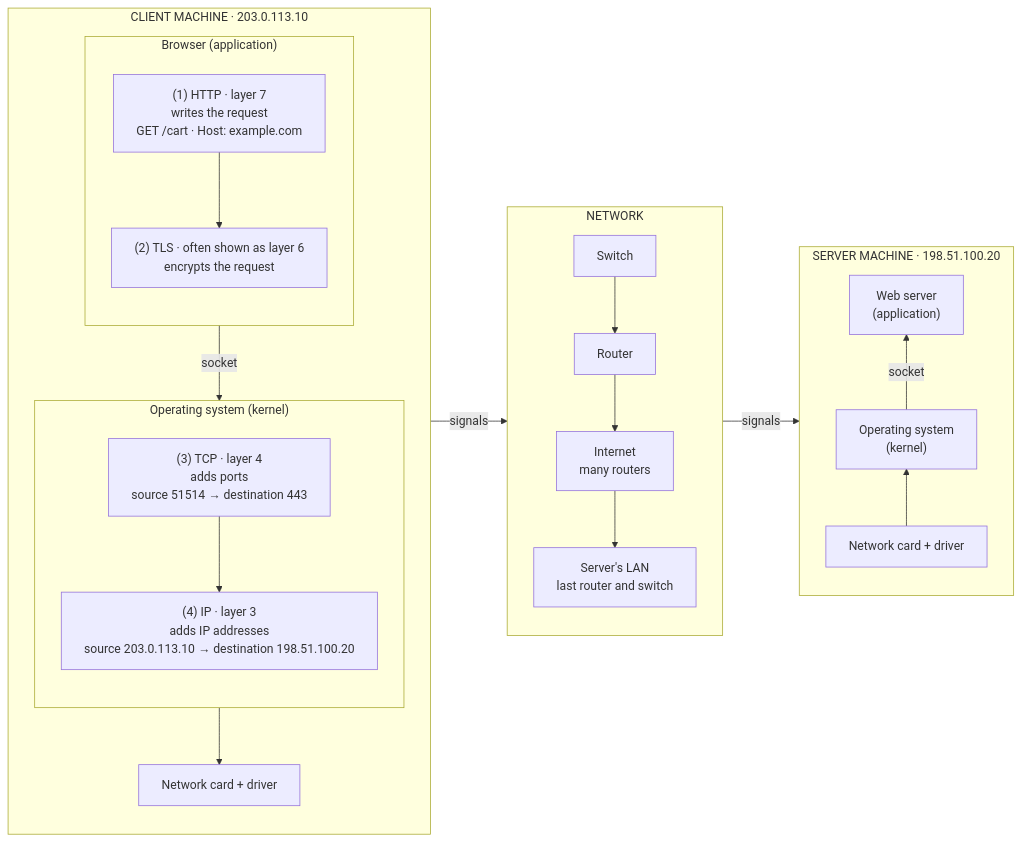
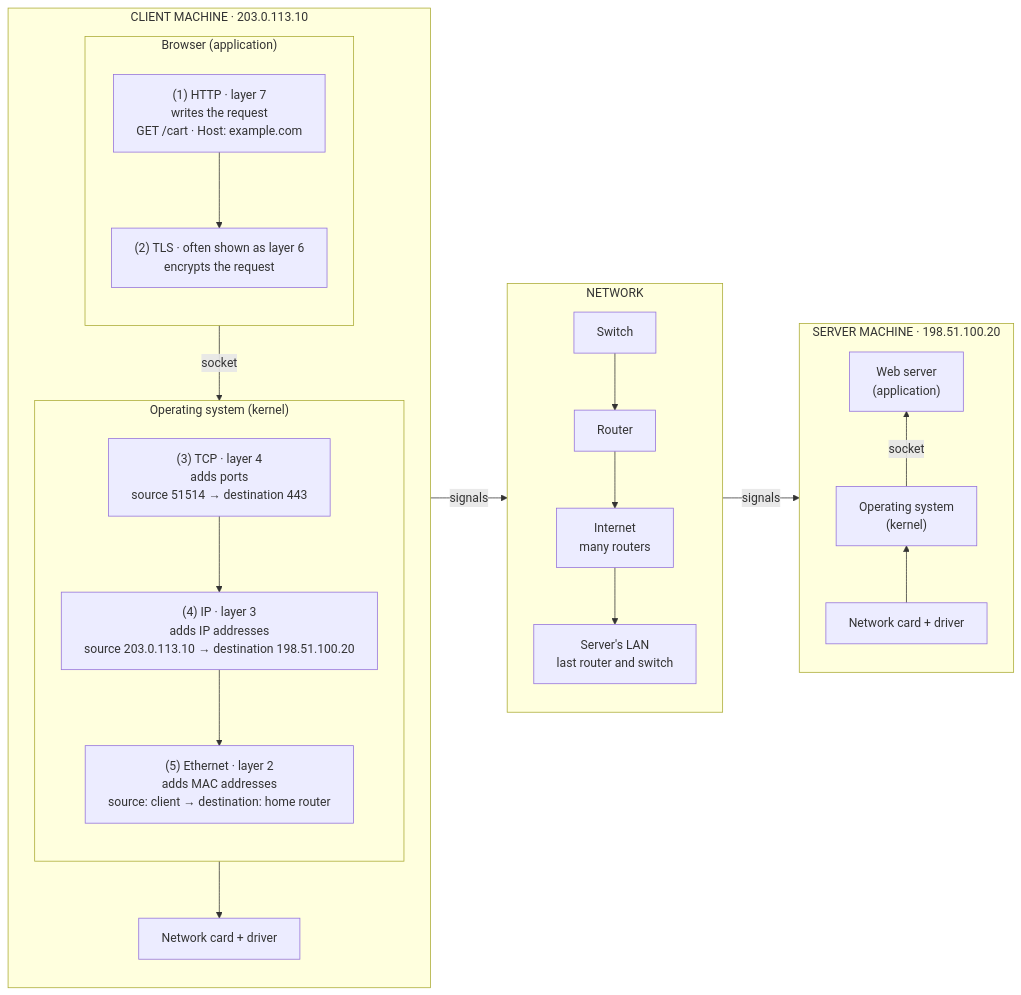
Before and after one commit to AndresLopezEsquivel/AWS: the diagram in topics/networking/networking-fundamentals/https-request-journey.md, drawn with Mermaid. The commit also changed other lines of this file and 1 other file, not shown here.

First line of the commit message:
docs(networking): add step 5 (Ethernet) to the HTTPS request journey

````diff
--- a/topics/networking/networking-fundamentals/https-request-journey.md
+++ b/topics/networking/networking-fundamentals/https-request-journey.md
@@ -17,29 +17,29 @@
 ```mermaid
 %%{init: {"flowchart": {"wrappingWidth": 420}}}%%
 flowchart LR
     subgraph CLIENT ["CLIENT MACHINE · 203.0.113.10"]
         direction TB
         subgraph C_APP ["Browser (application)"]
             direction TB
             J1["(1) HTTP · layer 7<br/>writes the request<br/>GET /cart · Host: example.com"] --> J2["(2) TLS · often shown as layer 6<br/>encrypts the request"]
         end
         subgraph C_OS ["Operating system (kernel)"]
             direction TB
-            J3["(3) TCP · layer 4<br/>adds ports<br/>source 51514 → destination 443"] --> J4["(4) IP · layer 3<br/>adds IP addresses<br/>source 203.0.113.10 → destination 198.51.100.20"]
+            J3["(3) TCP · layer 4<br/>adds ports<br/>source 51514 → destination 443"] --> J4["(4) IP · layer 3<br/>adds IP addresses<br/>source 203.0.113.10 → destination 198.51.100.20"] --> J5["(5) Ethernet · layer 2<br/>adds MAC addresses<br/>source: client → destination: home router"]
         end
         C_NIC["Network card + driver"]
         C_APP -- socket --> C_OS --> C_NIC
     end
 
     subgraph NET ["NETWORK"]
         direction TB
         SW["Switch"] --> R1["Router"] --> INET["Internet<br/>many routers"] --> LAN["Server's LAN<br/>last router and switch"]
     end
 
     subgraph SERVER ["SERVER MACHINE · 198.51.100.20"]
         direction BT
         S_NIC["Network card + driver"] --> S_OS["Operating system<br/>(kernel)"] -- socket --> S_APP["Web server<br/>(application)"]
     end
 
     CLIENT -- signals --> NET -- signals --> SERVER
 ```
````
